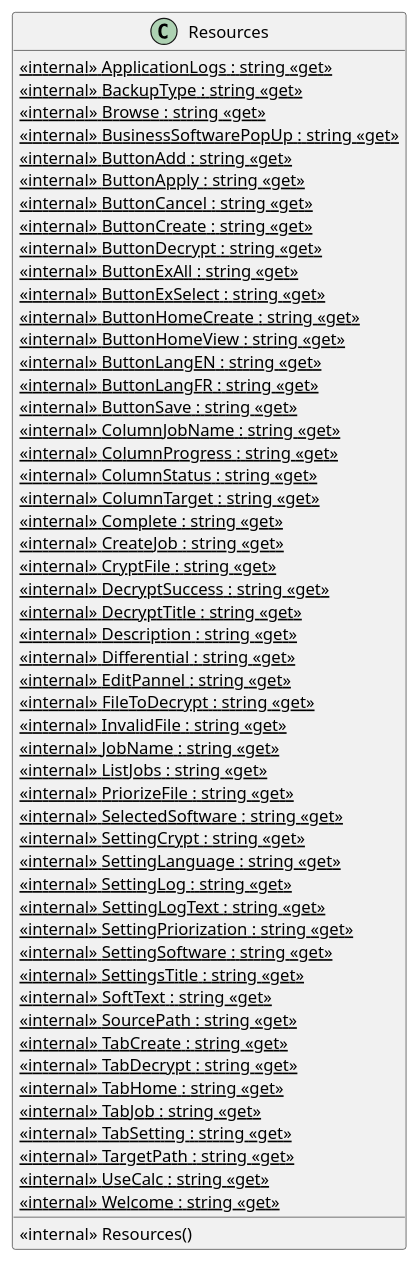
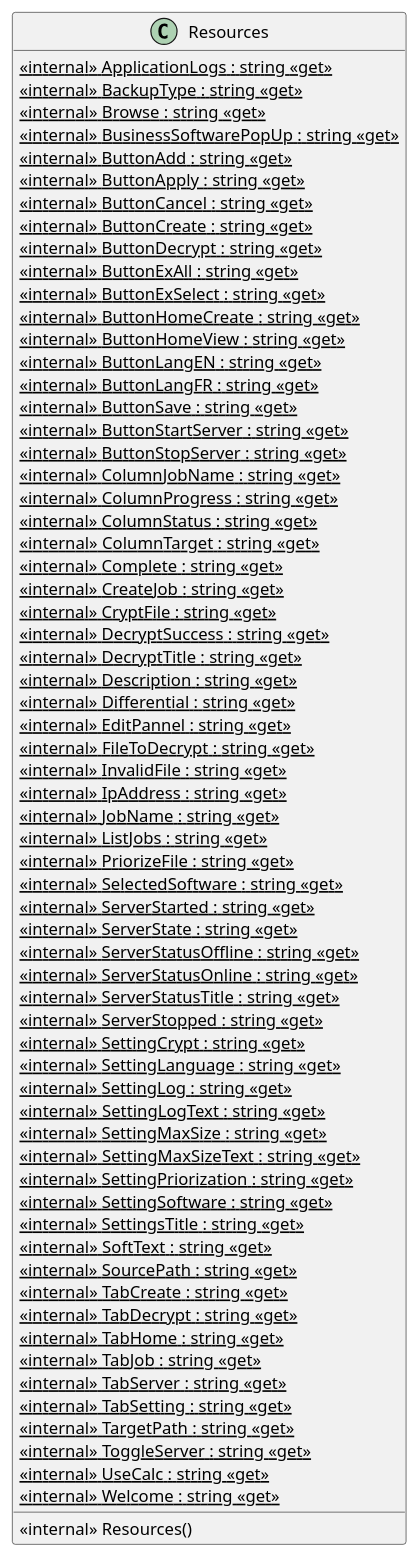
One commit to ArtyBrg/EasySave changed the diagram in EASYSAVE_V3_0/UML Diagrams/diagrams/Class_diagrams_V3_0/Resources/Resources.Designer.puml. Above: the diagram before and after it, drawn with PlantUML. The commit also changed 137 other files, not shown here.

Commit message:
Change some comments and the class diagram

```diff
--- a/EASYSAVE_V3_0/UML Diagrams/diagrams/Class_diagrams_V3_0/Resources/Resources.Designer.puml
+++ b/EASYSAVE_V3_0/UML Diagrams/diagrams/Class_diagrams_V3_0/Resources/Resources.Designer.puml
@@ -1,56 +1,69 @@
 @startuml
 class Resources {
     <<internal>> Resources()
     <<internal>> {static} ApplicationLogs : string <<get>>
     <<internal>> {static} BackupType : string <<get>>
     <<internal>> {static} Browse : string <<get>>
     <<internal>> {static} BusinessSoftwarePopUp : string <<get>>
     <<internal>> {static} ButtonAdd : string <<get>>
     <<internal>> {static} ButtonApply : string <<get>>
     <<internal>> {static} ButtonCancel : string <<get>>
     <<internal>> {static} ButtonCreate : string <<get>>
     <<internal>> {static} ButtonDecrypt : string <<get>>
     <<internal>> {static} ButtonExAll : string <<get>>
     <<internal>> {static} ButtonExSelect : string <<get>>
     <<internal>> {static} ButtonHomeCreate : string <<get>>
     <<internal>> {static} ButtonHomeView : string <<get>>
     <<internal>> {static} ButtonLangEN : string <<get>>
     <<internal>> {static} ButtonLangFR : string <<get>>
     <<internal>> {static} ButtonSave : string <<get>>
+    <<internal>> {static} ButtonStartServer : string <<get>>
+    <<internal>> {static} ButtonStopServer : string <<get>>
     <<internal>> {static} ColumnJobName : string <<get>>
     <<internal>> {static} ColumnProgress : string <<get>>
     <<internal>> {static} ColumnStatus : string <<get>>
     <<internal>> {static} ColumnTarget : string <<get>>
     <<internal>> {static} Complete : string <<get>>
     <<internal>> {static} CreateJob : string <<get>>
     <<internal>> {static} CryptFile : string <<get>>
     <<internal>> {static} DecryptSuccess : string <<get>>
     <<internal>> {static} DecryptTitle : string <<get>>
     <<internal>> {static} Description : string <<get>>
     <<internal>> {static} Differential : string <<get>>
     <<internal>> {static} EditPannel : string <<get>>
     <<internal>> {static} FileToDecrypt : string <<get>>
     <<internal>> {static} InvalidFile : string <<get>>
+    <<internal>> {static} IpAddress : string <<get>>
     <<internal>> {static} JobName : string <<get>>
     <<internal>> {static} ListJobs : string <<get>>
     <<internal>> {static} PriorizeFile : string <<get>>
     <<internal>> {static} SelectedSoftware : string <<get>>
+    <<internal>> {static} ServerStarted : string <<get>>
+    <<internal>> {static} ServerState : string <<get>>
+    <<internal>> {static} ServerStatusOffline : string <<get>>
+    <<internal>> {static} ServerStatusOnline : string <<get>>
+    <<internal>> {static} ServerStatusTitle : string <<get>>
+    <<internal>> {static} ServerStopped : string <<get>>
     <<internal>> {static} SettingCrypt : string <<get>>
     <<internal>> {static} SettingLanguage : string <<get>>
     <<internal>> {static} SettingLog : string <<get>>
     <<internal>> {static} SettingLogText : string <<get>>
+    <<internal>> {static} SettingMaxSize : string <<get>>
+    <<internal>> {static} SettingMaxSizeText : string <<get>>
     <<internal>> {static} SettingPriorization : string <<get>>
     <<internal>> {static} SettingSoftware : string <<get>>
     <<internal>> {static} SettingsTitle : string <<get>>
     <<internal>> {static} SoftText : string <<get>>
     <<internal>> {static} SourcePath : string <<get>>
     <<internal>> {static} TabCreate : string <<get>>
     <<internal>> {static} TabDecrypt : string <<get>>
     <<internal>> {static} TabHome : string <<get>>
     <<internal>> {static} TabJob : string <<get>>
+    <<internal>> {static} TabServer : string <<get>>
     <<internal>> {static} TabSetting : string <<get>>
     <<internal>> {static} TargetPath : string <<get>>
+    <<internal>> {static} ToggleServer : string <<get>>
     <<internal>> {static} UseCalc : string <<get>>
     <<internal>> {static} Welcome : string <<get>>
 }
 @enduml
```
